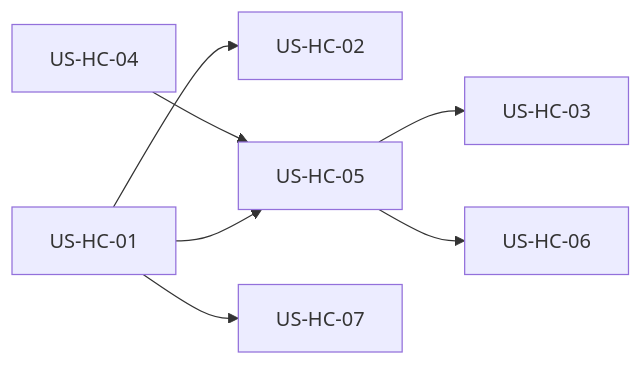
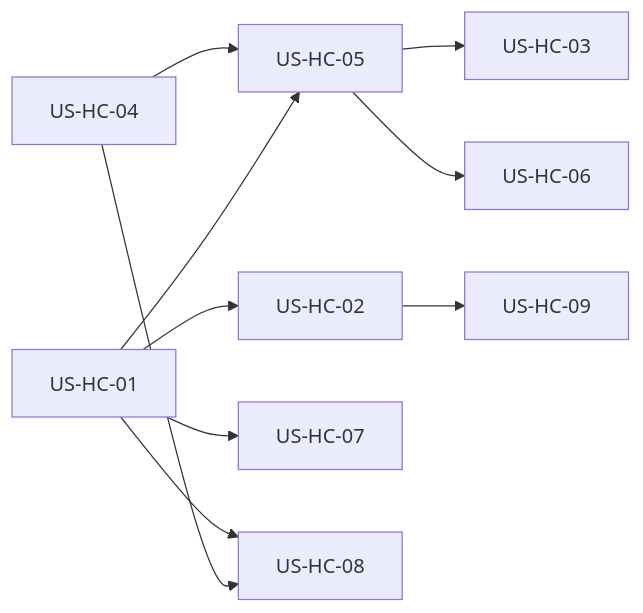
One commit to Pedro-MAFS/ftcs changed the diagram in docs/design/US-HC-官方通道网关代调Hunter.md. Above: the diagram before and after it, drawn with Mermaid. The commit also changed other lines of this file and 7 other files, not shown here.

````diff
--- a/docs/design/US-HC-官方通道网关代调Hunter.md
+++ b/docs/design/US-HC-官方通道网关代调Hunter.md
@@ -19,16 +21,21 @@
 ```mermaid
 flowchart LR
   HC04[US-HC-04]
   HC01[US-HC-01]
   HC02[US-HC-02]
   HC03[US-HC-03]
   HC05[US-HC-05]
   HC06[US-HC-06]
   HC07[US-HC-07]
+  HC08[US-HC-08]
+  HC09[US-HC-09]
   HC04 --> HC05
   HC01 --> HC02
   HC01 --> HC05
   HC05 --> HC03
   HC05 --> HC06
   HC01 --> HC07
+  HC01 --> HC08
+  HC04 --> HC08
+  HC02 --> HC09
 ```
````
